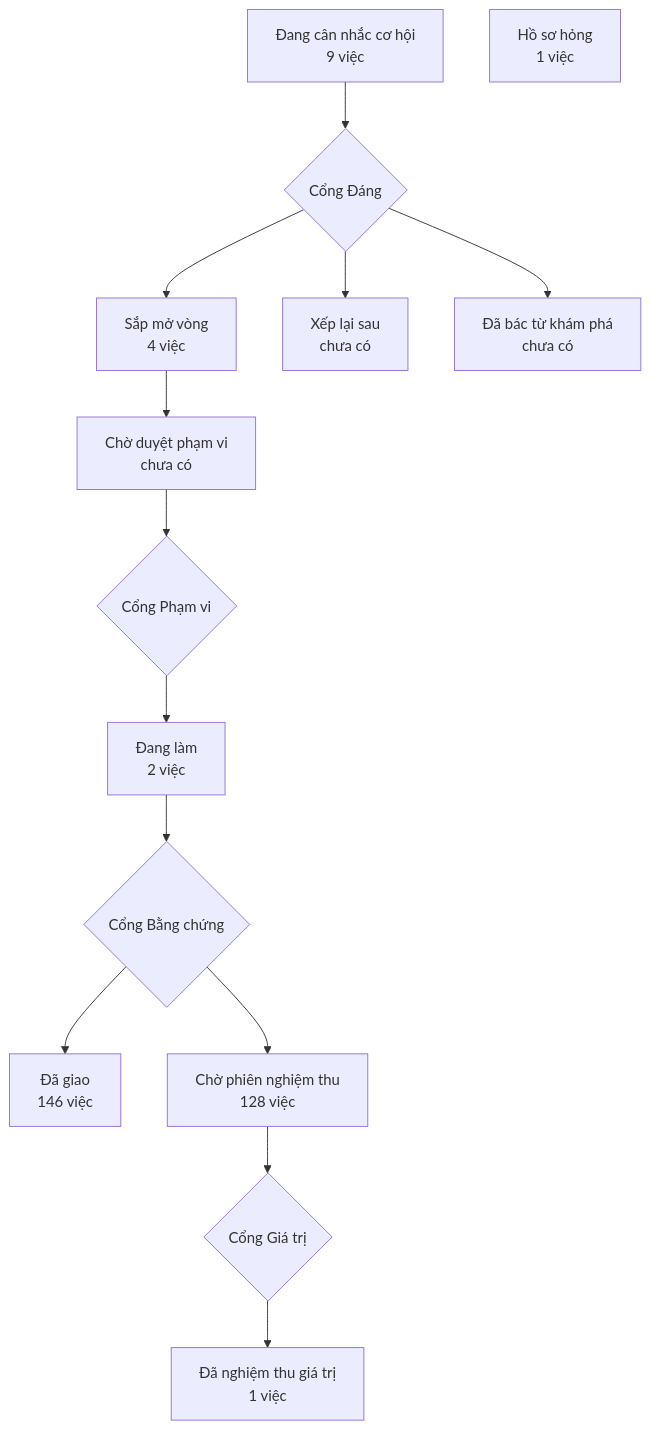
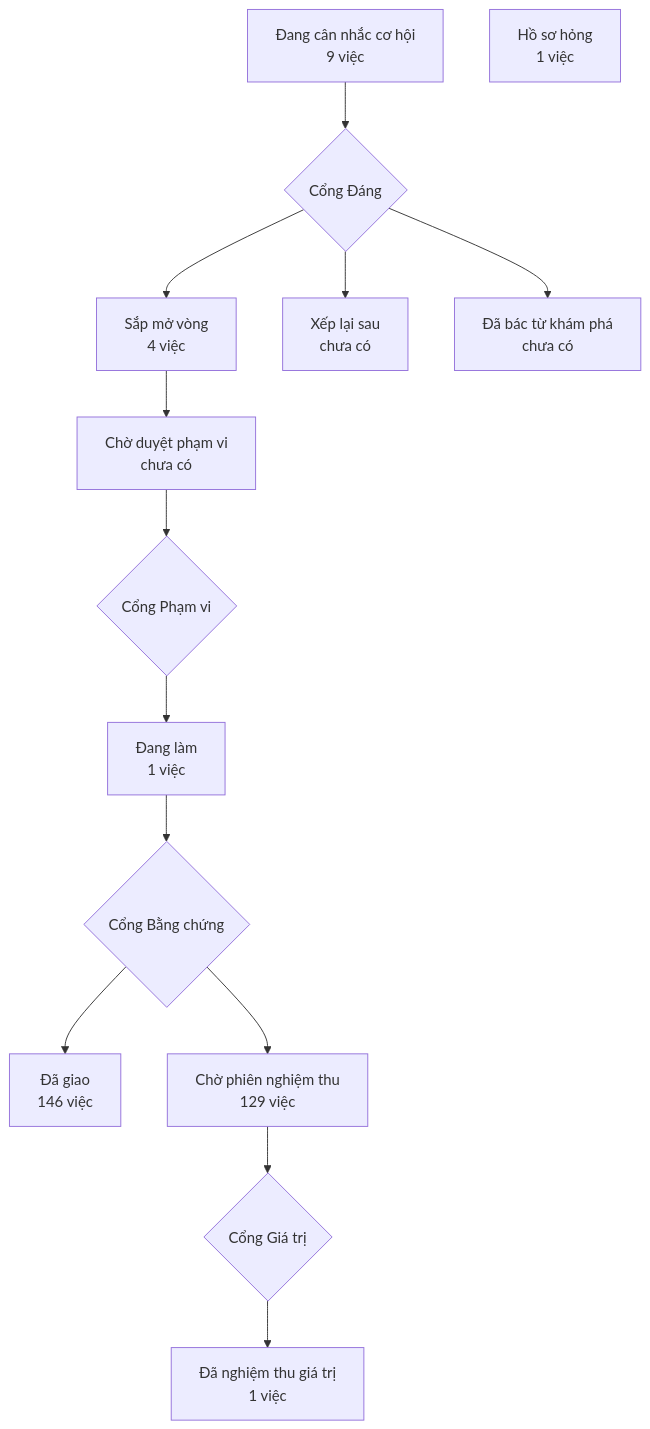
One commit to phanlemanh/crm-onehub changed the diagram in PRODUCT-MAP.md. Above: the diagram before and after it, drawn with Mermaid. The commit also changed 4 other files, not shown here.

````diff
--- a/PRODUCT-MAP.md
+++ b/PRODUCT-MAP.md
@@ -7,13 +7,13 @@
 ```mermaid
 flowchart TD
   A["Đang cân nhắc cơ hội<br/>9 việc"] --> GD{"Cổng Đáng"}
   GD --> B["Sắp mở vòng<br/>4 việc"]
   GD --> XL["Xếp lại sau<br/>chưa có"]
   GD --> DB["Đã bác từ khám phá<br/>chưa có"]
   B --> CD["Chờ duyệt phạm vi<br/>chưa có"] --> GP{"Cổng Phạm vi"}
-  GP --> DL["Đang làm<br/>2 việc"] --> GB{"Cổng Bằng chứng"}
+  GP --> DL["Đang làm<br/>1 việc"] --> GB{"Cổng Bằng chứng"}
   GB --> DG["Đã giao<br/>146 việc"]
-  GB --> CN["Chờ phiên nghiệm thu<br/>128 việc"] --> GG{"Cổng Giá trị"}
+  GB --> CN["Chờ phiên nghiệm thu<br/>129 việc"] --> GG{"Cổng Giá trị"}
   GG --> NT["Đã nghiệm thu giá trị<br/>1 việc"]
   HS["Hồ sơ hỏng<br/>1 việc"]
 ```
````
